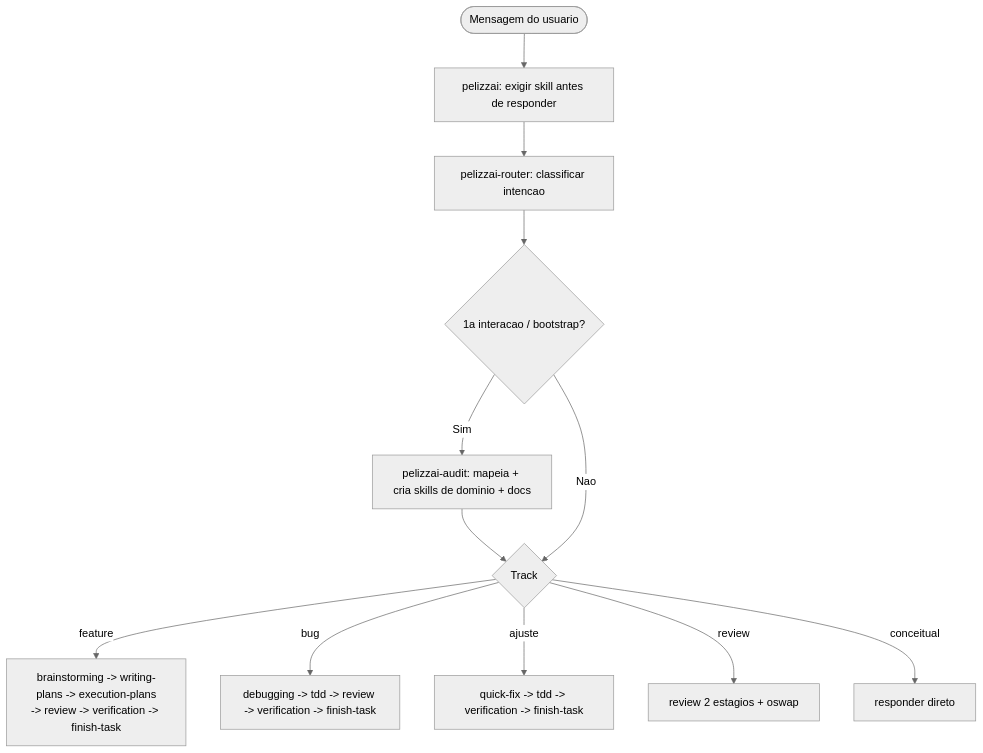
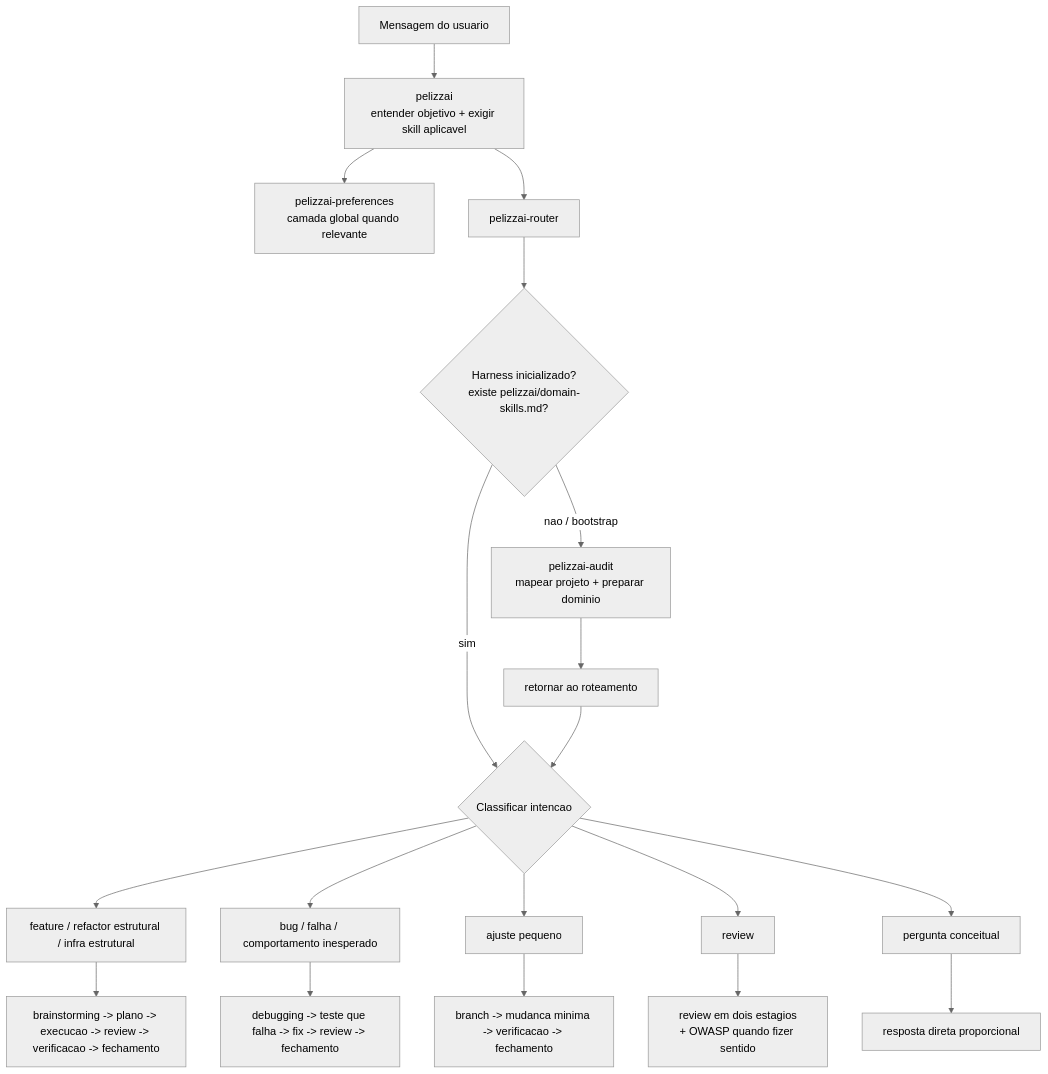
One commit to rpelizza/PelizzAI changed the second of 11 diagrams in README.md. Above: the diagram before and after it, drawn with Mermaid (neutral theme). The commit also changed other lines of this file, not shown here.

First line of the commit message:
docs(pelizzai): reescreve README do harness

````diff
--- a/README.md
+++ b/README.md
@@ -24,14 +96,24 @@
 ```mermaid
 flowchart TD
-    U([Mensagem do usuario]) --> P[pelizzai: exigir skill antes de responder]
-    P --> RT[pelizzai-router: classificar intencao]
-    RT --> BOOT{1a interacao / bootstrap?}
-    BOOT -- Sim --> AUD[pelizzai-audit: mapeia + cria skills de dominio + docs]
-    AUD --> CLS
-    BOOT -- Nao --> CLS{Track}
-    CLS -- feature --> FT[brainstorming -> writing-plans -> execution-plans\n-> review -> verification -> finish-task]
-    CLS -- bug --> BG[debugging -> tdd -> review -> verification -> finish-task]
-    CLS -- ajuste --> AJ[quick-fix -> tdd -> verification -> finish-task]
-    CLS -- review --> RV[review 2 estagios + oswap]
-    CLS -- conceitual --> AN[responder direto]
+    U["Mensagem do usuario"] --> ROOT["pelizzai<br/>entender objetivo + exigir skill aplicavel"]
+    ROOT --> PREF["pelizzai-preferences<br/>camada global quando relevante"]
+    ROOT --> RT["pelizzai-router"]
+
+    RT --> INIT{"Harness inicializado?<br/>existe pelizzai/domain-skills.md?"}
+    INIT -- "nao / bootstrap" --> AUD["pelizzai-audit<br/>mapear projeto + preparar dominio"]
+    AUD --> RT2["retornar ao roteamento"]
+    INIT -- "sim" --> CLS{"Classificar intencao"}
+    RT2 --> CLS
+
+    CLS --> FEATURE["feature / refactor estrutural / infra estrutural"]
+    CLS --> BUG["bug / falha / comportamento inesperado"]
+    CLS --> QUICK["ajuste pequeno"]
+    CLS --> REVIEW["review"]
+    CLS --> QUESTION["pergunta conceitual"]
+
+    FEATURE --> LIFE["brainstorming -> plano -> execucao -> review -> verificacao -> fechamento"]
+    BUG --> DEBUG["debugging -> teste que falha -> fix -> review -> fechamento"]
+    QUICK --> QF["branch -> mudanca minima -> verificacao -> fechamento"]
+    REVIEW --> RV["review em dois estagios<br/>+ OWASP quando fizer sentido"]
+    QUESTION --> ANSWER["resposta direta proporcional"]
 ```
````
